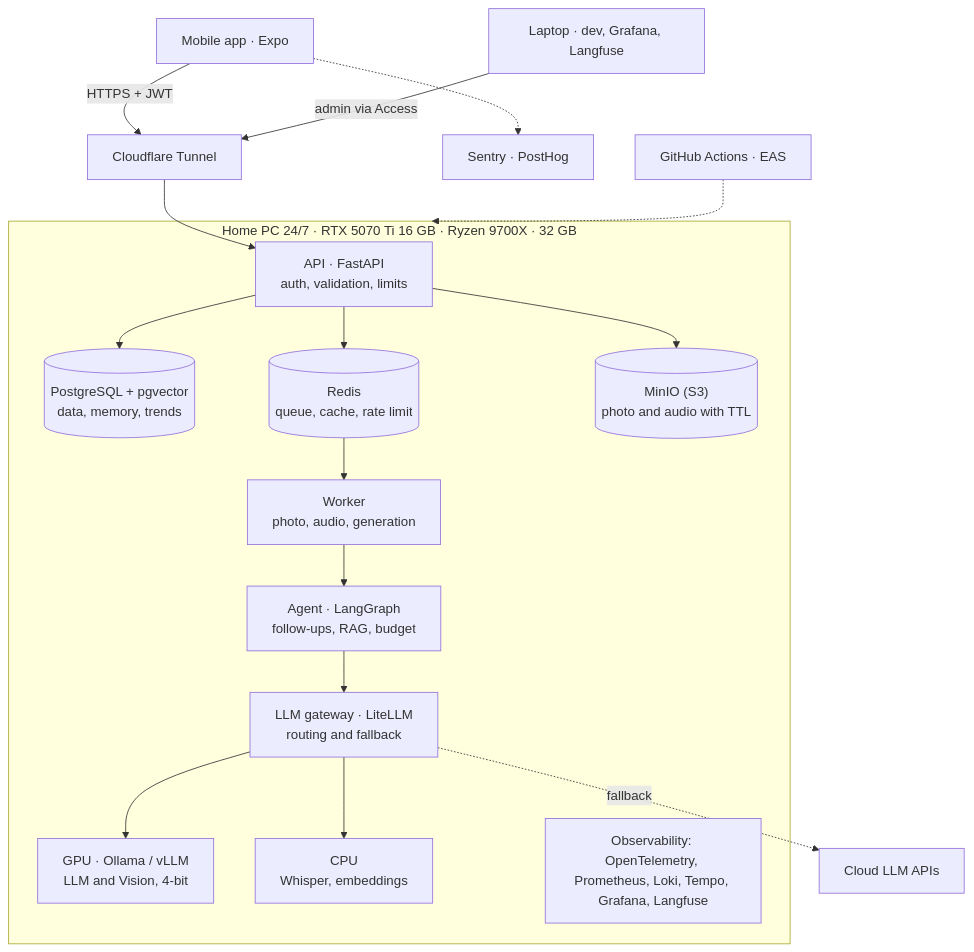
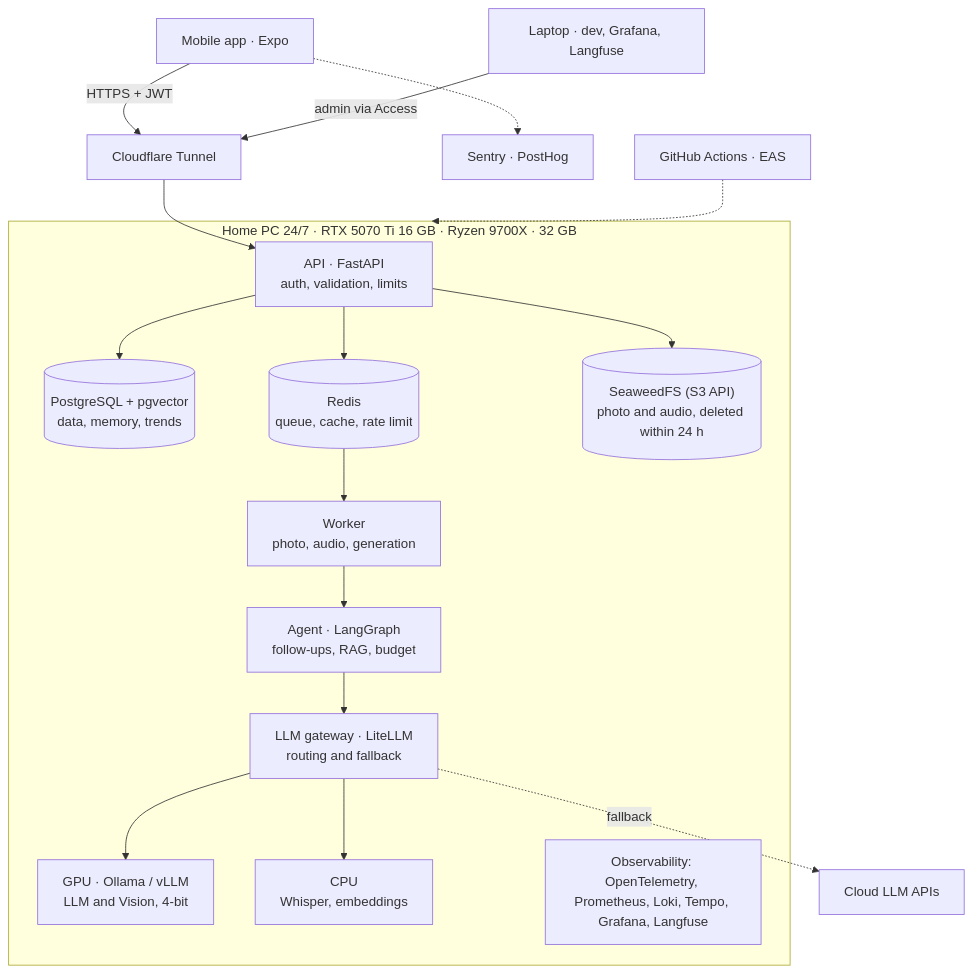
The first of 2 diagrams in docs/blueprint.md (oleksii-trofymenko/capsule), drawn with Mermaid before and after one commit. The commit also changed other lines of this file, not shown here.

````diff
--- a/docs/blueprint.md
+++ b/docs/blueprint.md
@@ -49,20 +49,20 @@
 ```mermaid
 flowchart TB
   phone["Mobile app · Expo"] -->|HTTPS + JWT| tunnel["Cloudflare Tunnel"]
   laptop["Laptop · dev, Grafana, Langfuse"] -->|admin via Access| tunnel
   tunnel --> api
   subgraph pc["Home PC 24/7 · RTX 5070 Ti 16 GB · Ryzen 9700X · 32 GB"]
     api["API · FastAPI<br/>auth, validation, limits"] --> pg[("PostgreSQL + pgvector<br/>data, memory, trends")]
     api --> redis[("Redis<br/>queue, cache, rate limit")]
-    api --> minio[("MinIO (S3)<br/>photo and audio with TTL")]
+    api --> seaweedfs[("SeaweedFS (S3 API)<br/>photo and audio, deleted within 24 h")]
     redis --> worker["Worker<br/>photo, audio, generation"]
     worker --> agent["Agent · LangGraph<br/>follow-ups, RAG, budget"]
     agent --> gw["LLM gateway · LiteLLM<br/>routing and fallback"]
     gw --> gpu["GPU · Ollama / vLLM<br/>LLM and Vision, 4-bit"]
     gw --> cpu["CPU<br/>Whisper, embeddings"]
     obs["Observability: OpenTelemetry, Prometheus, Loki, Tempo, Grafana, Langfuse"]
   end
   gw -.->|fallback| cloudllm["Cloud LLM APIs"]
   phone -.-> sentry["Sentry · PostHog"]
   ci["GitHub Actions · EAS"] -.-> pc
 ```
````
